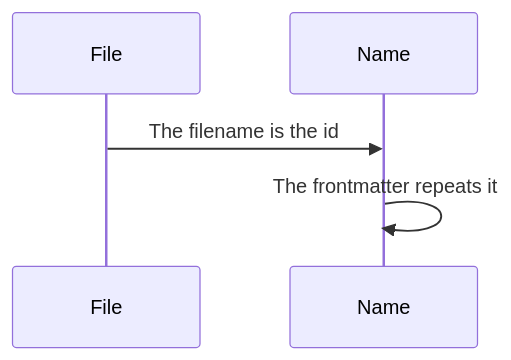
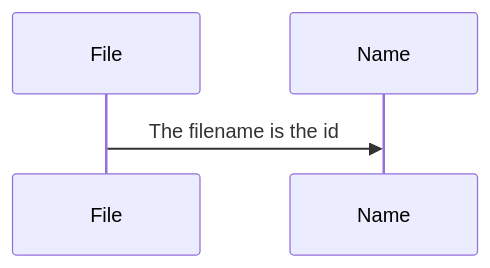
One commit to m2ux/workflow-server changed the first of 34 diagrams in docs/resolution.md. Above: the diagram before and after it, drawn with Mermaid. The commit also changed other lines of this file and 16 other files, not shown here.

````diff
--- a/docs/resolution.md
+++ b/docs/resolution.md
@@ -15,7 +15,6 @@
 ```mermaid
 sequenceDiagram
   participant File
   participant Name
   File->>Name: The filename is the id
-  Name->>Name: The frontmatter repeats it
 ```
````
